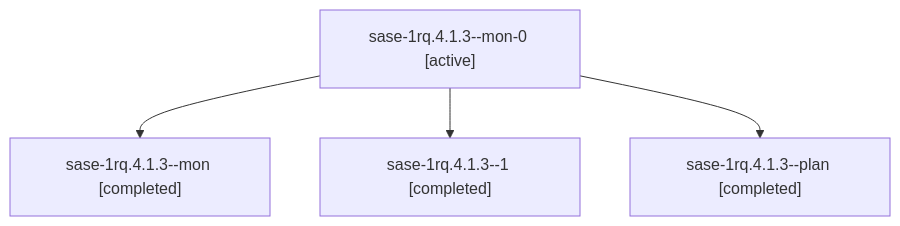
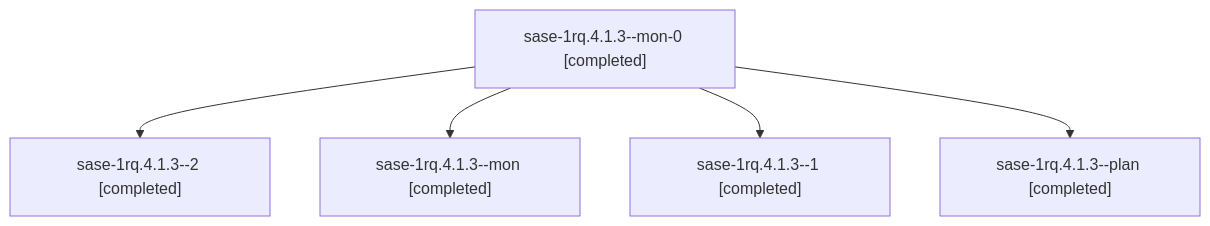
The diagram in sessions/bbugyi200.athena.sase-1rq.4.1.3.md (sase-org/sase--agents), drawn with Mermaid before and after one commit. The commit also changed other lines of this file and 157 other files, not shown here.

````diff
--- a/sessions/bbugyi200.athena.sase-1rq.4.1.3.md
+++ b/sessions/bbugyi200.athena.sase-1rq.4.1.3.md
@@ -9,10 +9,12 @@
 ```mermaid
 flowchart TD
-  n0["sase-1rq.4.1.3--mon-0 [active]"]
-  n1["sase-1rq.4.1.3--mon [completed]"]
+  n0["sase-1rq.4.1.3--mon-0 [completed]"]
+  n1["sase-1rq.4.1.3--2 [completed]"]
   n0 --> n1
-  n2["sase-1rq.4.1.3--1 [completed]"]
+  n2["sase-1rq.4.1.3--mon [completed]"]
   n0 --> n2
-  n3["sase-1rq.4.1.3--plan [completed]"]
+  n3["sase-1rq.4.1.3--1 [completed]"]
   n0 --> n3
+  n4["sase-1rq.4.1.3--plan [completed]"]
+  n0 --> n4
 ```
````
